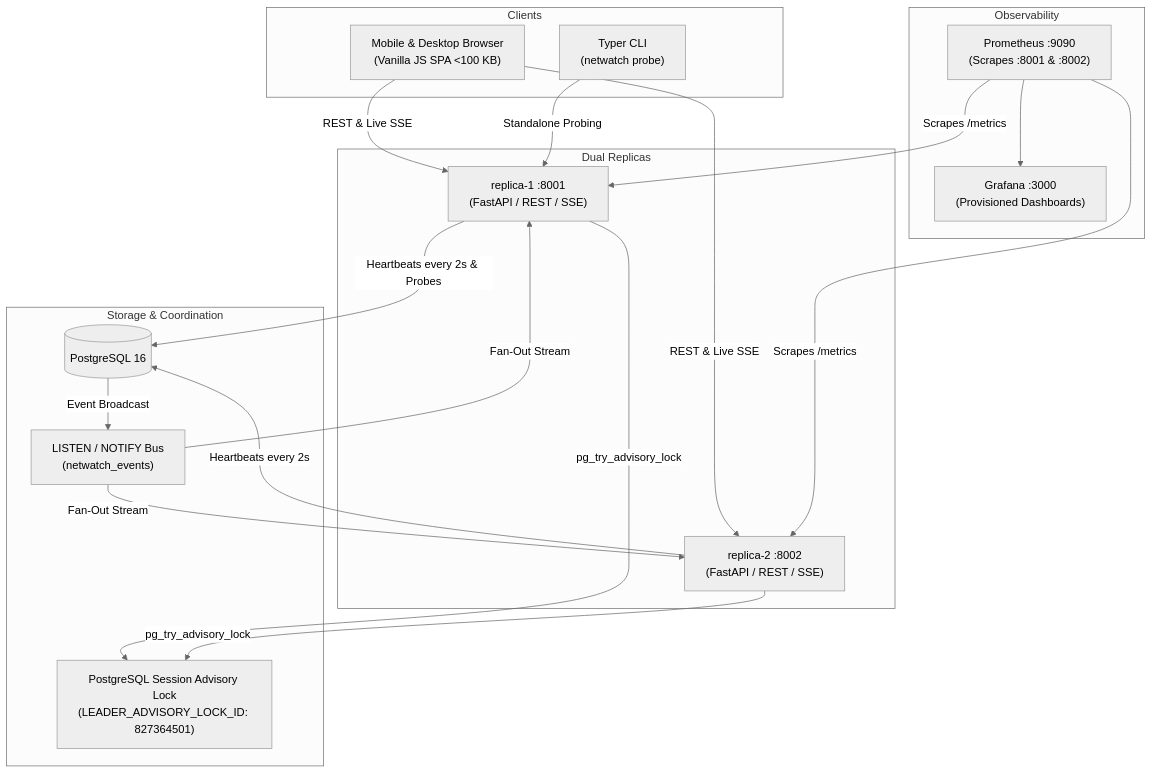
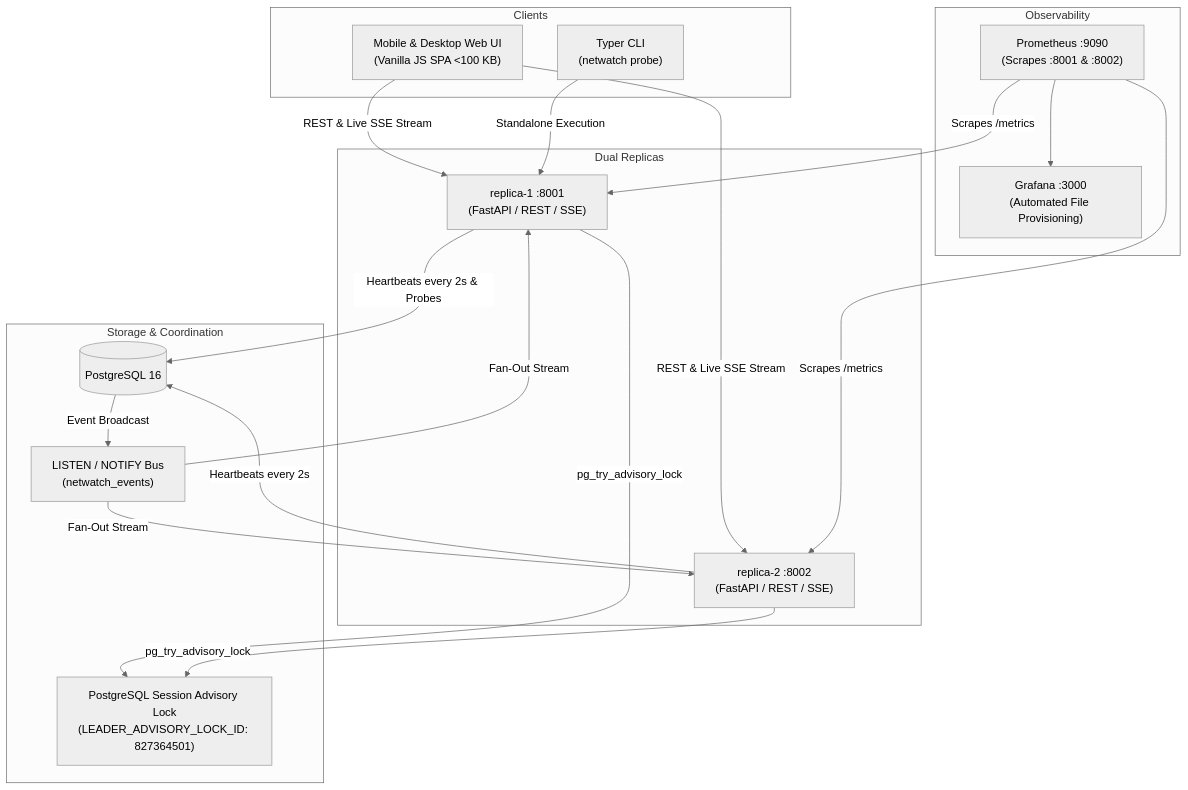
Before and after one commit to anupam-codespace/Network-Health-Monitor: the first of 3 diagrams in README.md, drawn with Mermaid (neutral theme). The commit also changed other lines of this file and 1 other file, not shown here.

Commit message:
docs: enrich README with visual architecture asset, end-to-end dataflows, and operator interaction guide

````diff
--- a/README.md
+++ b/README.md
@@ -29,41 +46,41 @@
 ```mermaid
 graph TD
     subgraph Clients
-        Browser["Mobile & Desktop Browser<br/>(Vanilla JS SPA <100 KB)"]
+        Browser["Mobile & Desktop Web UI<br/>(Vanilla JS SPA <100 KB)"]
         CLI["Typer CLI<br/>(netwatch probe)"]
     end
 
     subgraph Dual Replicas
         R1["replica-1 :8001<br/>(FastAPI / REST / SSE)"]
         R2["replica-2 :8002<br/>(FastAPI / REST / SSE)"]
     end
 
     subgraph Storage & Coordination
         PG[("PostgreSQL 16")]
         AdvLock["PostgreSQL Session Advisory Lock<br/>(LEADER_ADVISORY_LOCK_ID: 827364501)"]
         Notify["LISTEN / NOTIFY Bus<br/>(netwatch_events)"]
     end
 
     subgraph Observability
         Prom["Prometheus :9090<br/>(Scrapes :8001 & :8002)"]
-        Graf["Grafana :3000<br/>(Provisioned Dashboards)"]
+        Graf["Grafana :3000<br/>(Automated File Provisioning)"]
     end
 
-    Browser -->|REST & Live SSE| R1
-    Browser -->|REST & Live SSE| R2
-    CLI -->|Standalone Probing| R1
+    Browser -->|REST & Live SSE Stream| R1
+    Browser -->|REST & Live SSE Stream| R2
+    CLI -->|Standalone Execution| R1
 
     R1 -->|pg_try_advisory_lock| AdvLock
     R2 -->|pg_try_advisory_lock| AdvLock
 
     R1 -->|Heartbeats every 2s & Probes| PG
     R2 -->|Heartbeats every 2s| PG
 
     PG -->|Event Broadcast| Notify
     Notify -->|Fan-Out Stream| R1
     Notify -->|Fan-Out Stream| R2
 
     Prom -->|Scrapes /metrics| R1
     Prom -->|Scrapes /metrics| R2
     Prom --> Graf
 ```
````
